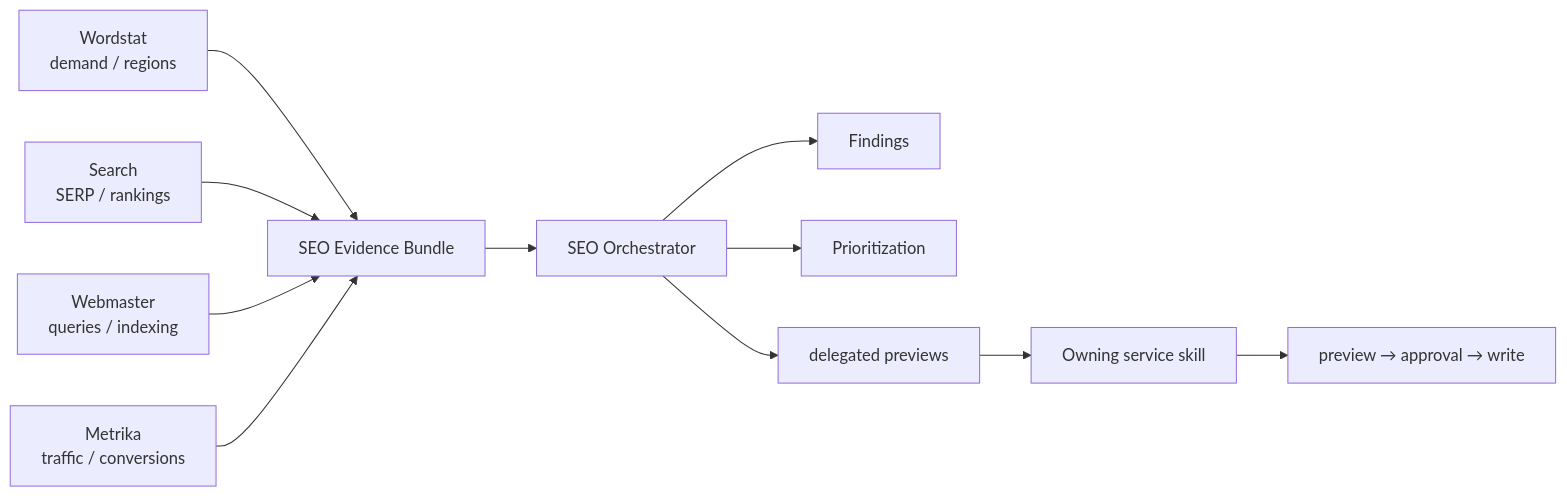
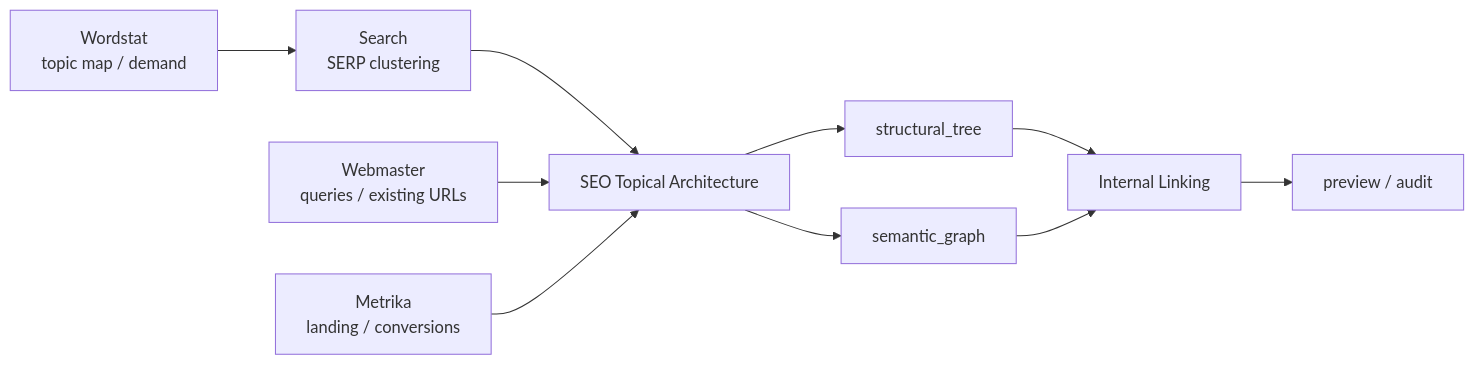
The diagram in plugins/yandex-seo/README.md (trafficolog/yandex-ai-plugin), drawn with Mermaid before and after one commit. The commit also changed other lines of this file, not shown here.

Commit message:
docs(seo): document topical architecture and internal linking

````diff
--- a/plugins/yandex-seo/README.md
+++ b/plugins/yandex-seo/README.md
@@ -13,13 +13,12 @@
 ```mermaid
 flowchart LR
-  W[Wordstat<br/>demand / regions] --> E[SEO Evidence Bundle]
-  S[Search<br/>SERP / rankings] --> E
-  WM[Webmaster<br/>queries / indexing] --> E
-  M[Metrika<br/>traffic / conversions] --> E
-  E --> O[SEO Orchestrator]
-  O --> F[Findings]
-  O --> P[Prioritization]
-  O --> D[delegated previews]
-  D --> OW[Owning service skill]
-  OW --> A[preview → approval → write]
+  W[Wordstat<br/>topic map / demand] --> S[Search<br/>SERP clustering]
+  S --> A[SEO Topical Architecture]
+  WM[Webmaster<br/>queries / existing URLs] --> A
+  M[Metrika<br/>landing / conversions] --> A
+  A --> T[structural_tree]
+  A --> G[semantic_graph]
+  T --> L[Internal Linking]
+  G --> L
+  L --> P[preview / audit]
 ```
````
